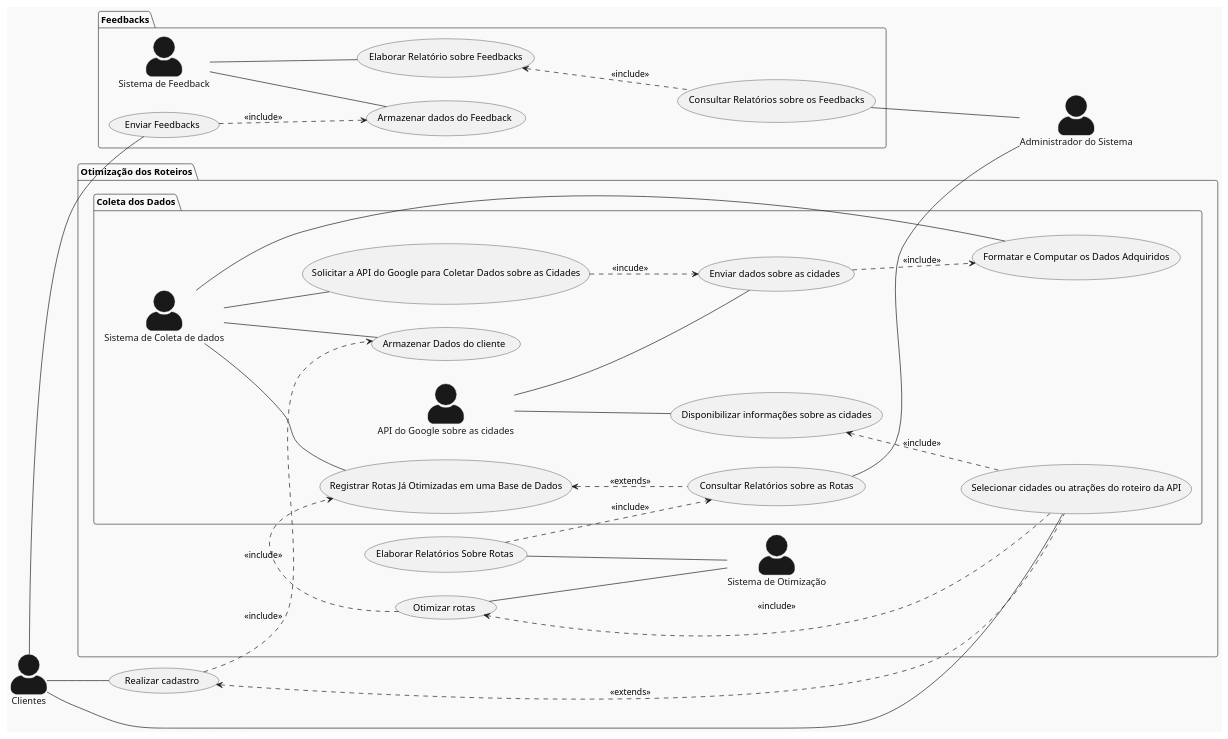
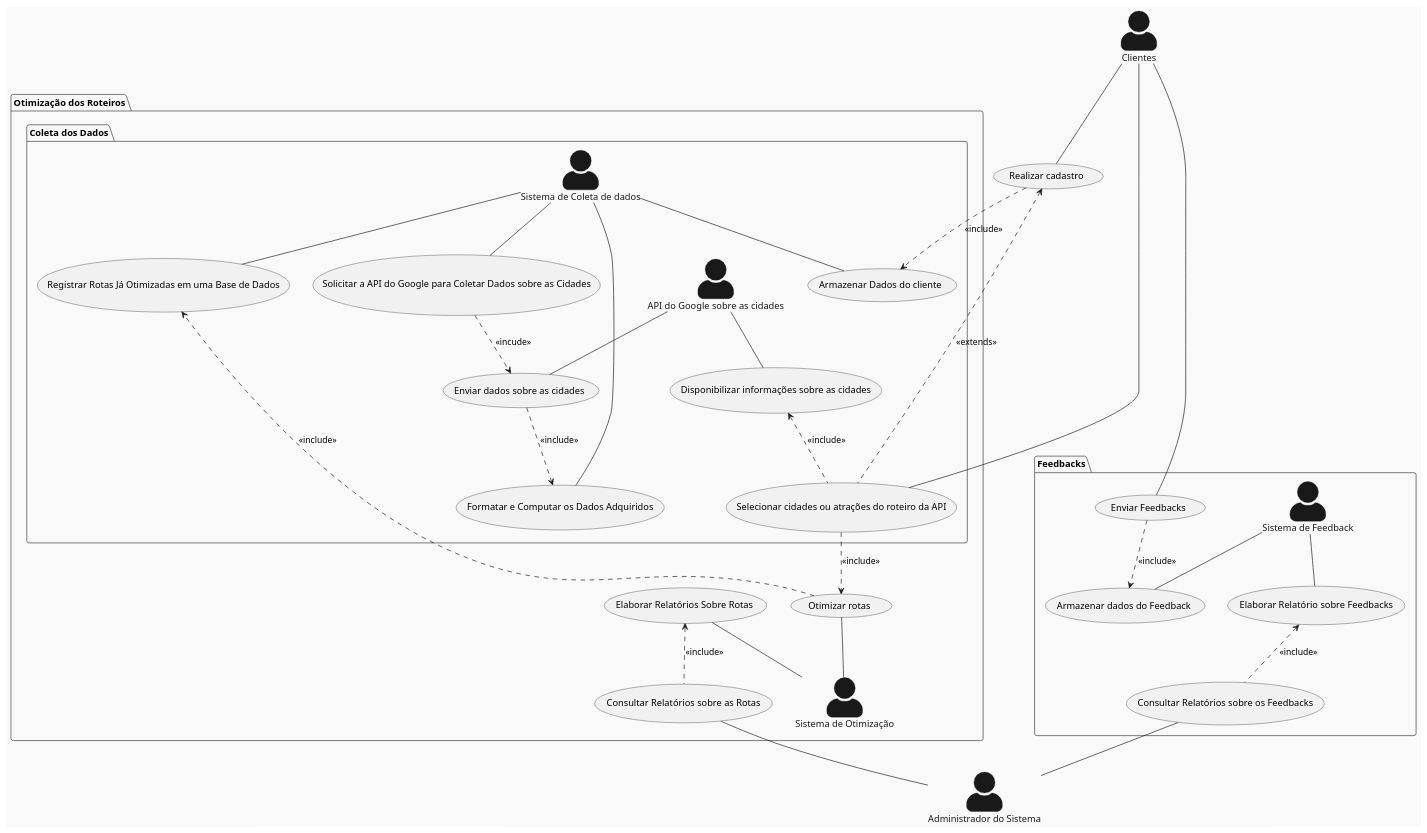
One commit to pedrodilallo/site_turismo_SIG changed the diagram in Relatório/Semana-1/Diagramas/DCU.md. Above: the diagram before and after it, drawn with PlantUML. The commit also changed 1 other file, not shown here.

Commit message:
Correções DFD

```diff
--- a/Relatório/Semana-1/Diagramas/DCU.md
+++ b/Relatório/Semana-1/Diagramas/DCU.md
@@ -1,79 +1,78 @@
 @startuml
 skinparam actorStyle awesome
 !theme mars
 
-left to right direction
 actor "Clientes" as cliente
 actor "Administrador do Sistema" as sys_admin
 
 cliente -- (Realizar cadastro)
 
 
 
 
 package "Otimização dos Roteiros"{
 actor "Sistema de Otimização" as  otimizador
 
 
 (Otimizar rotas) -- otimizador 
 
 
     package "Coleta dos Dados"{
         actor "Sistema de Coleta de dados" as coletador
         actor "API do Google sobre as cidades" as API   
 
         cliente -- (Selecionar cidades ou atrações do roteiro da API)
         
         (Selecionar cidades ou atrações do roteiro da API) ..> (Otimizar rotas): <<include>>
 
         (Solicitar a API do Google para Coletar Dados sobre as Cidades) ..> (Enviar dados sobre as cidades) : <<incude>>
         coletador -- (Solicitar a API do Google para Coletar Dados sobre as Cidades)
         coletador -- (Registrar Rotas Já Otimizadas em uma Base de Dados)
         coletador -- (Formatar e Computar os Dados Adquiridos)
         API -- (Enviar dados sobre as cidades)
         API -- (Disponibilizar informações sobre as cidades)
         (Disponibilizar informações sobre as cidades) <.. (Selecionar cidades ou atrações do roteiro da API) : <<include>>
         (Otimizar rotas) ..> (Registrar Rotas Já Otimizadas em uma Base de Dados) : <<include>>
-        (Registrar Rotas Já Otimizadas em uma Base de Dados) <.. (Consultar Relatórios sobre as Rotas) : <<extends>>
 
         (Realizar cadastro) ..> (Armazenar Dados do cliente): <<include>>
 
         coletador -- (Armazenar Dados do cliente)
 
 
 
     }
 
-(Elaborar Relatórios Sobre Rotas) ..> (Consultar Relatórios sobre as Rotas): <<include>> 
+
+(Elaborar Relatórios Sobre Rotas) <.. (Consultar Relatórios sobre as Rotas): <<include>> 
 (Elaborar Relatórios Sobre Rotas) -- otimizador
 
 }
 
 
 
 (Consultar Relatórios sobre as Rotas) -- sys_admin
 
 
 
 
 (Realizar cadastro) <.. (Selecionar cidades ou atrações do roteiro da API) : <<extends>>
 (Enviar dados sobre as cidades) ..> (Formatar e Computar os Dados Adquiridos) : <<include>>
 
 
 package "Feedbacks"{
 actor "Sistema de Feedback" as feedback
 
 (Enviar Feedbacks) ..> (Armazenar dados do Feedback) : <<include>>
 (Elaborar Relatório sobre Feedbacks) <.. (Consultar Relatórios sobre os Feedbacks) : <<include>>
 cliente -- (Enviar Feedbacks)
 feedback -- (Armazenar dados do Feedback)
 (Consultar Relatórios sobre os Feedbacks) -- sys_admin
 feedback -- (Elaborar Relatório sobre Feedbacks)
 
 
 
 }
 
 
 
 @enduml
```
